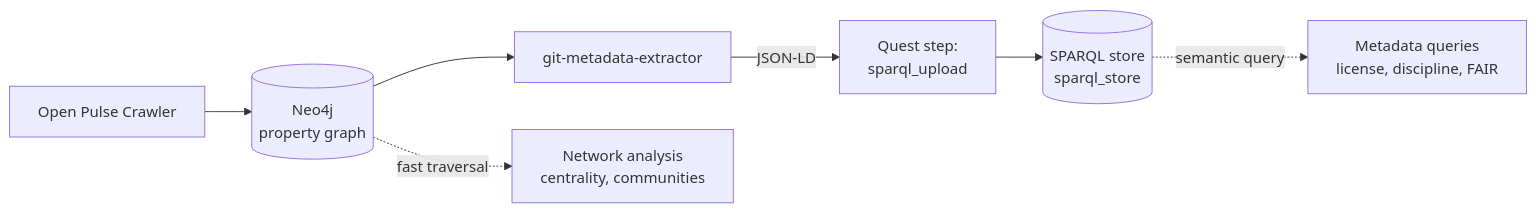
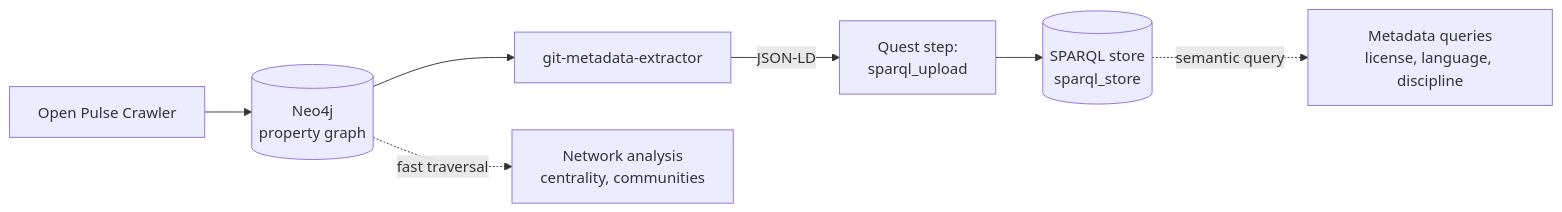
The first of 2 diagrams in docs-site/docs/concepts/graph-and-semantic-data.md (sdsc-ordes/open-pulse), drawn with Mermaid before and after one commit. The commit also changed other lines of this file and 18 other files, not shown here.

````diff
--- a/docs-site/docs/concepts/graph-and-semantic-data.md
+++ b/docs-site/docs/concepts/graph-and-semantic-data.md
@@ -22,9 +22,9 @@
 ```mermaid
 flowchart LR
   C[Open Pulse Crawler] --> N[(Neo4j<br/>property graph)]
   N --> M[git-metadata-extractor]
   M -->|JSON-LD| Q[Quest step:<br/>sparql_upload]
   Q --> S[(SPARQL store<br/>sparql_store)]
   N -. fast traversal .-> A1[Network analysis<br/>centrality, communities]
-  S -. semantic query .-> A2[Metadata queries<br/>license, discipline, FAIR]
+  S -. semantic query .-> A2[Metadata queries<br/>license, language, discipline]
 ```
````
